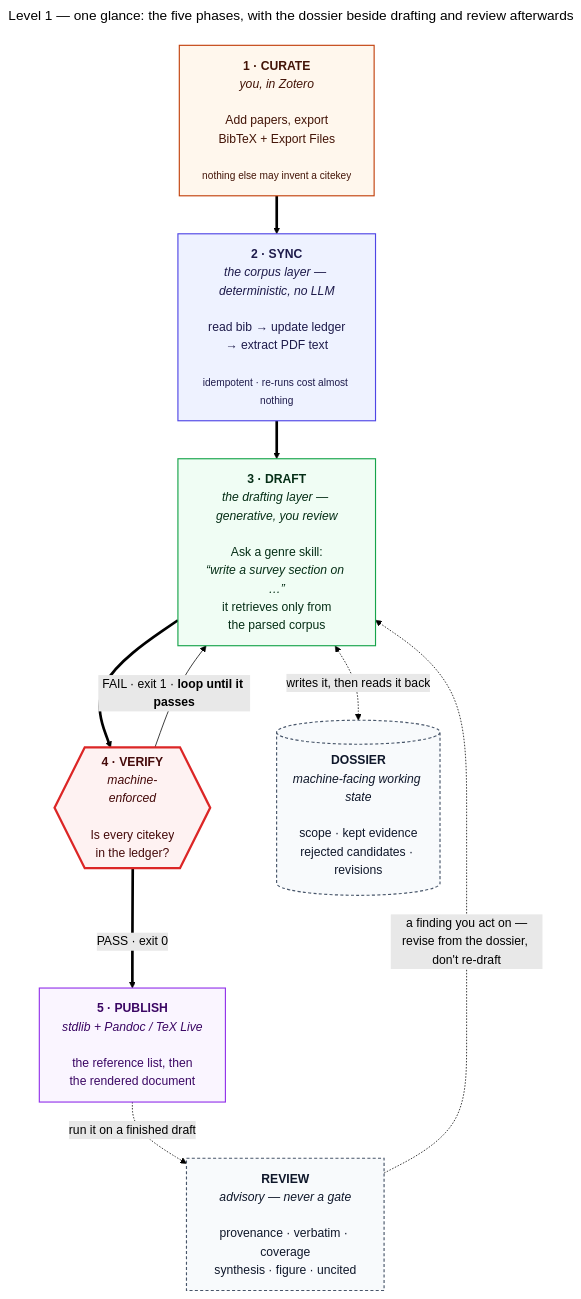
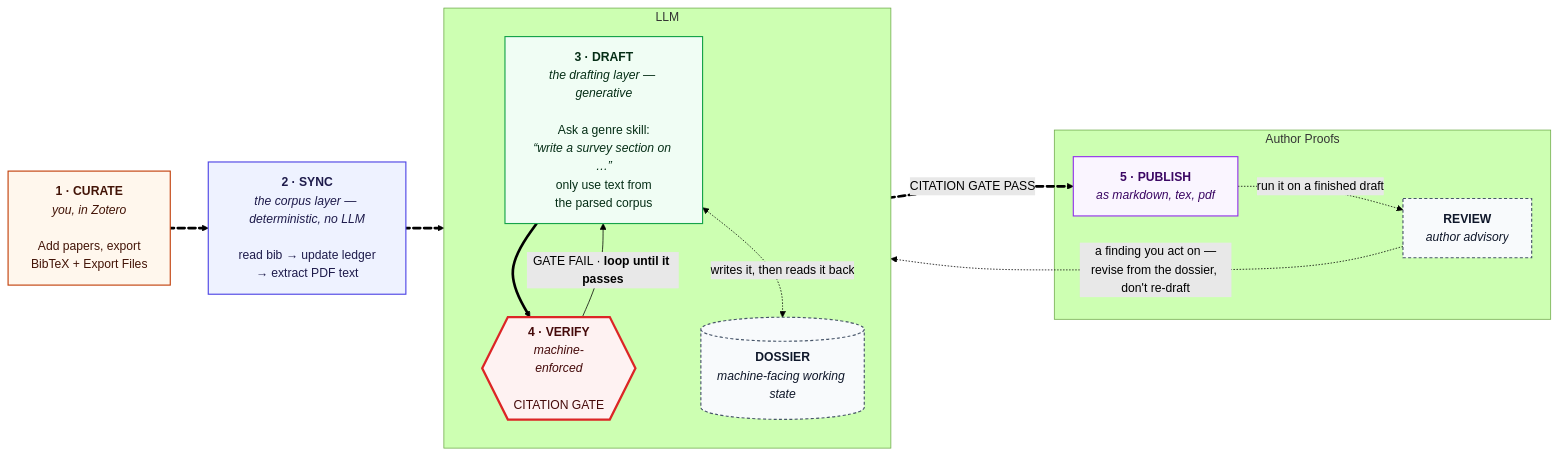
The diagram in docs/diagrams/v1-overview.mmd (prasadtalasila/chitragupta), drawn with Mermaid (forest theme) before and after one commit. The commit also changed 3 other files, not shown here.

First line of the commit message:
Adopt the supplied overview figure: LLM and Author Proofs enclosures (#369)

```diff
--- a/docs/diagrams/v1-overview.mmd
+++ b/docs/diagrams/v1-overview.mmd
@@ -1,41 +1,47 @@
----
-title: "Level 1 — one glance: the five phases, with the dossier beside drafting and review afterwards"
----
-flowchart TB
+flowchart LR
 
-  P0["<b>1 · CURATE</b><br/><i>you, in Zotero</i><br/><br/>Add papers, export<br/>BibTeX + Export Files<br/><br/><small>nothing else may invent a citekey</small>"]
+  P0["<b>1 · CURATE</b><br/><i>you, in Zotero</i><br/><br/>Add papers, export<br/>BibTeX + Export Files"]
 
-  P1["<b>2 · SYNC</b><br/><i>the corpus layer — deterministic, no LLM</i><br/><br/>read bib → update ledger<br/>→ extract PDF text<br/><br/><small>idempotent · re-runs cost almost nothing</small>"]
+  P1["<b>2 · SYNC</b><br/><i>the corpus layer — deterministic, no LLM</i><br/><br/>read bib → update ledger<br/>→ extract PDF text"]
 
-  P2["<b>3 · DRAFT</b><br/><i>the drafting layer — generative, you review</i><br/><br/>Ask a genre skill:<br/><i>“write a survey section on …”</i><br/>it retrieves only from<br/>the parsed corpus"]
+  P2["<b>3 · DRAFT</b><br/><i>the drafting layer — generative</i><br/><br/>Ask a genre skill:<br/><i>“write a survey section on …”</i><br/>only use text from<br/>the parsed corpus"]
 
-  P3{{"<b>4 · VERIFY</b><br/><i>machine-<br/>enforced</i><br/><br/>Is every citekey<br/>in the ledger?"}}
+  P3{{"<b>4 · VERIFY</b><br/><i>machine-<br/>enforced</i><br/><br/>CITATION GATE"}}
 
-  P4["<b>5 · PUBLISH</b><br/><i>stdlib + Pandoc / TeX Live</i><br/><br/>the reference list, then<br/>the rendered document"]
+  P4["<b>5 · PUBLISH</b><br/><i>as markdown, tex, pdf</i>"]
 
-  DOSS[("<b>DOSSIER</b><br/><i>machine-facing working state</i><br/><br/>scope · kept evidence<br/>rejected candidates · revisions")]
+  DOSS[("<b>DOSSIER</b><br/><i>machine-facing working state</i>")]
 
-  REV["<b>REVIEW</b><br/><i>advisory — never a gate</i><br/><br/>provenance · verbatim · coverage<br/>synthesis · figure · uncited"]
+  REV["<b>REVIEW</b><br/><i>author advisory"]
 
-  P0 ==> P1 ==> P2 ==> P3
-  P3 == "PASS · exit 0" ==> P4
-  P3 -- "FAIL · exit 1 · <b>loop until it passes</b>" --> P2
+  P0 e1@==> P1 e2@==> P2
+  e1@{ animate: true }
+  e2@{ animate: true }
+  P3 e3@== "CITATION GATE PASS" ==> P4
+  e3@{ animate: true }
+  subgraph LLM
+    direction TB
+    P2 ==> P3
+    P2 <-. "writes it, then reads it back" .-> DOSS
+    P3 -- "GATE FAIL · <b>loop until it passes</b>" --> P2
+  end
 
-  P2 <-. "writes it, then reads it back" .-> DOSS
-  P4 -. "run it on a finished draft" .-> REV
-  REV -. "a finding you act on —<br/>revise from the dossier, don't re-draft" .-> P2
+  subgraph Author Proofs
+    P4 -. "run it on a finished draft" .-> REV
+    REV -. "a finding you act on —<br/>revise from the dossier, don't re-draft" .-> P2
+  end
 
   classDef you fill:#fff7ed,stroke:#c2410c,stroke-width:1.5px,color:#431407
   classDef det fill:#eef2ff,stroke:#4f46e5,stroke-width:1.5px,color:#1e1b4b
   classDef gen fill:#f0fdf4,stroke:#16a34a,stroke-width:1.5px,color:#052e16
   classDef gate fill:#fef2f2,stroke:#dc2626,stroke-width:3px,color:#450a0a
   classDef out fill:#faf5ff,stroke:#9333ea,stroke-width:1.5px,color:#3b0764
   classDef side fill:#f8fafc,stroke:#475569,stroke-width:1.5px,stroke-dasharray:4 3,color:#0f172a
 
   class P0 you
   class P1 det
   class P2 gen
   class P3 gate
   class P4 out
   class DOSS side
   class REV side
```
